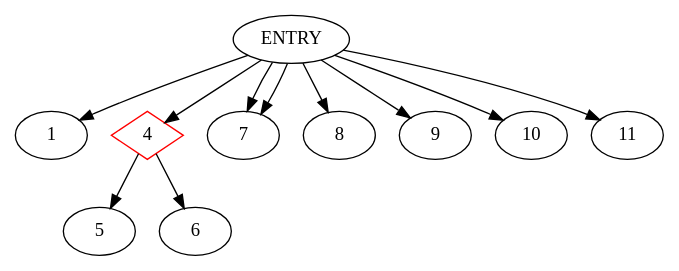
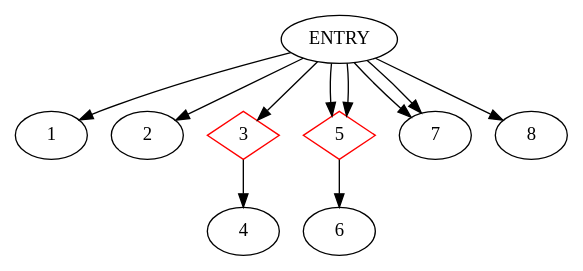
The diagram in Testgen/Testgen_Sonam/Testgen/CDG.dot (akshitij/TestgenRepo), drawn with Graphviz before and after one commit. The commit also changed 66 other files, not shown here.

```diff
--- a/Testgen/Testgen_Sonam/Testgen/CDG.dot
+++ b/Testgen/Testgen_Sonam/Testgen/CDG.dot
@@ -1,13 +1,15 @@
 digraph CDG {
 ENTRY -> 1
-4 [shape=diamond, color=red]
-ENTRY -> 4
-4-> 5
-4-> 6
+ENTRY -> 2
+3 [shape=diamond, color=red]
+ENTRY -> 3
+3-> 4
+5 [shape=diamond, color=red]
+ENTRY -> 5
+5 [shape=diamond, color=red]
+ENTRY -> 5
+5-> 6
 ENTRY -> 7
 ENTRY -> 7
 ENTRY -> 8
-ENTRY -> 9
-ENTRY -> 10
-ENTRY -> 11
 }
```
